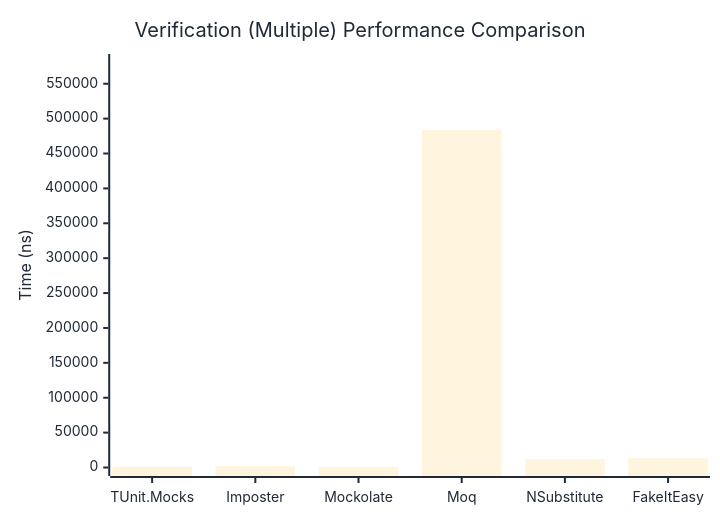
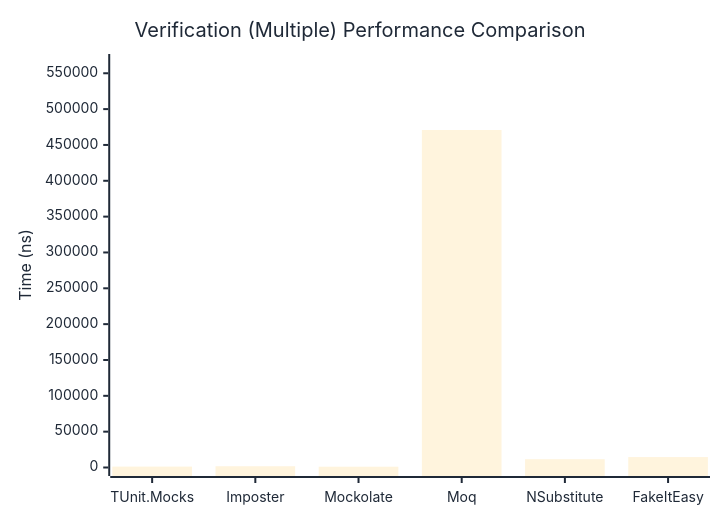
One commit to thomhurst/TUnit changed the third of 3 diagrams in docs/docs/benchmarks/mocks/Verification.md. Above: the diagram before and after it, drawn with Mermaid. The commit also changed other lines of this file and 14 other files, not shown here.

````diff
--- a/docs/docs/benchmarks/mocks/Verification.md
+++ b/docs/docs/benchmarks/mocks/Verification.md
@@ -112,27 +112,27 @@
 ```mermaid
 %%{init: {
   'theme':'base',
   'themeVariables': {
     'primaryColor': '#2563eb',
     'primaryTextColor': '#1f2937',
     'primaryBorderColor': '#1e40af',
     'lineColor': '#6b7280',
     'secondaryColor': '#7c3aed',
     'tertiaryColor': '#dc2626',
     'background': '#ffffff',
     'pie1': '#2563eb',
     'pie2': '#7c3aed',
     'pie3': '#dc2626',
     'pie4': '#f59e0b',
     'pie5': '#10b981',
     'pie6': '#06b6d4',
     'pie7': '#ec4899',
     'pie8': '#6366f1'
   }
 }}%%
 xychart-beta
   title "Verification (Multiple) Performance Comparison"
   x-axis ["TUnit.Mocks", "Imposter", "Mockolate", "Moq", "NSubstitute", "FakeItEasy"]
-  y-axis "Time (ns)" 0 --> 580446
-  bar [1274.86, 1818.39, 1161.97, 483704.83, 11688.35, 13487.62]
+  y-axis "Time (ns)" 0 --> 565019
+  bar [1272.5, 1745.4, 1093.69, 470848.86, 11594.33, 14550.44]
 ```
````
